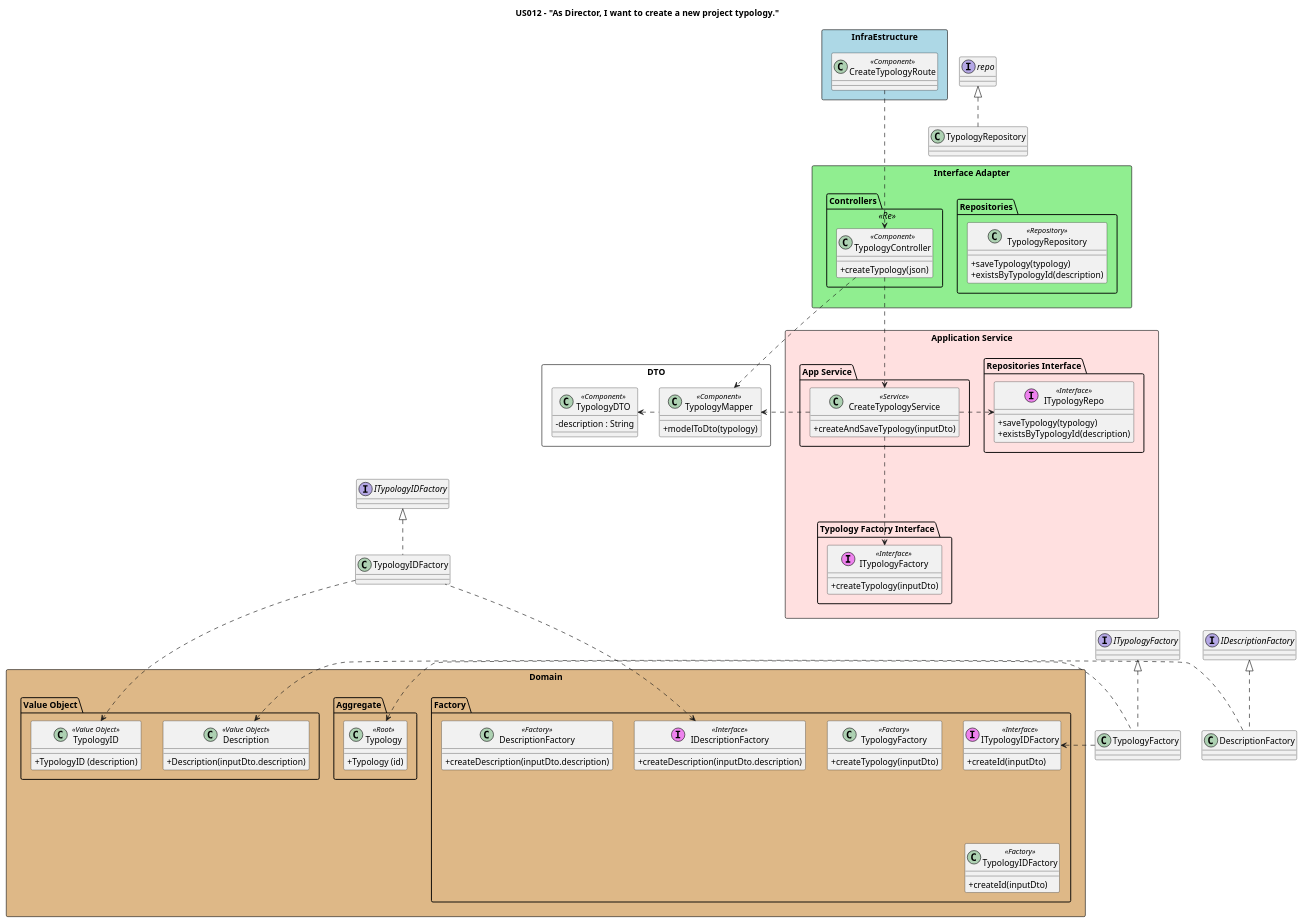
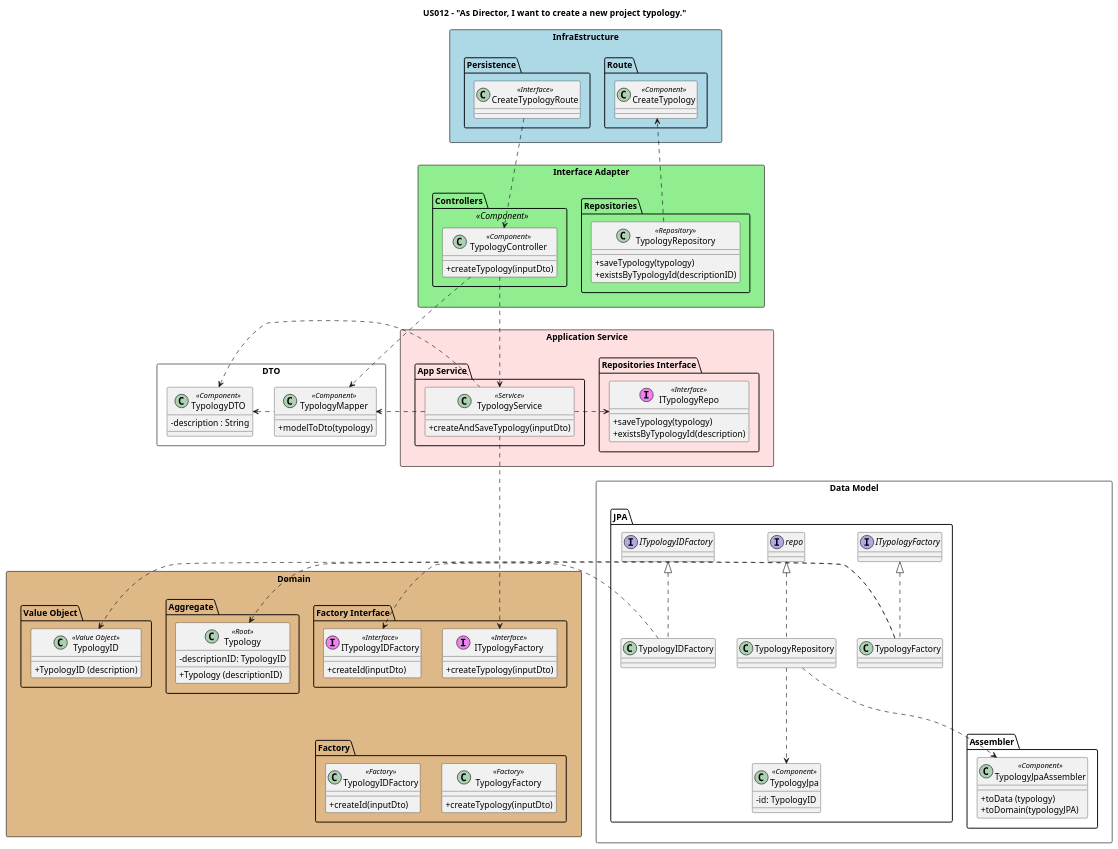
One commit to nunogon1211787/projectManagement changed the diagram in docs/Sprint1/US012/US012-CD.puml. Above: the diagram before and after it, drawn with PlantUML. The commit also changed 20 other files, not shown here.

```diff
--- a/docs/Sprint1/US012/US012-CD.puml
+++ b/docs/Sprint1/US012/US012-CD.puml
@@ -1,124 +1,136 @@
 @startuml
 
 skinparam classAttributeIconSize 0
 
 title US012 - "As Director, I want to create a new project typology."
 
 package "InfraEstructure" <<Rectangle>> #lightblue {
-    class CreateTypologyRoute <<Component>>{
+
+    package "Route"{
+    class "CreateTypology" as route <<Component>>
     }
+
+    package "Persistence" {
+    class CreateTypologyRoute <<Interface>>{
+    }
+}
 }
 
 package "Interface Adapter" <<Rectangle>> #lightgreen{
-package "Controllers" <<Re>>{
+package "Controllers" <<Component>>{
     class TypologyController <<Component>>{
-    +createTypology(json)
-    '+findTypologyByDescription(inputDto)
-    '+findTypologyList()
-    '+deleteTypology(inputDto)
+    +createTypology(inputDto)
     }
     }
+
     package "Repositories" <<Folder>>{
     class TypologyRepository <<Repository>>{
-    '+findTypologyById(description)
-    '+findAllTypology()
     +saveTypology(typology)
-    +existsByTypologyId(description)
-    '+deleteTypology(description)
+    +existsByTypologyId(descriptionID)
     }
 }
 }
 
 package "DTO" <<Rectangle>> {
     class TypologyDTO <<Component>> {
     -description : String
     }
 
     class TypologyMapper <<Component>> {
     +modelToDto(typology)
-    '+modelToDto(typologyList)
     }
 }
 
 package "Application Service" <<Rectangle>> #implementation {
     package "App Service" {
-        class CreateTypologyService <<Service>>{
+        class TypologyService <<Service>>{
         +createAndSaveTypology(inputDto)
-        '+findTypologyByDescription(inputDto)
-        '+findAllTypologies()
-        '+deleteTypology(inputDto)
         }
     }
     package "Repositories Interface" {
         class "ITypologyRepo" as repo <<(I, Violet) Interface>> {
-            '+findTypologyById(description)
-            '+findAllTypology()
             +saveTypology(typology)
             +existsByTypologyId(description)
-            '+deleteTypology(description)
         }
     }
-    package "Typology Factory Interface" {
-    class ITypologyFactory <<(I, Violet) Interface>> {
-            +createTypology(inputDto)
-            }
-    }
+
 }
 
 
 package "Domain" <<Rectangle>>#burlywood  {
     package "Factory" {
+
         class TypologyFactory <<Factory>> {
         +createTypology(inputDto)
         }
 
         class TypologyIDFactory <<Factory>> {
         +createId(inputDto)
         }
-        class ITypologyIDFactory <<(I, Violet) Interface>> {
-        +createId(inputDto)
-        }
-        class DescriptionFactory <<Factory>> {
-        +createDescription(inputDto.description)
-        }
-        class IDescriptionFactory <<(I, Violet) Interface>> {
-        +createDescription(inputDto.description)
-        }
+
+
     }
+
+     package "Factory Interface" {
+
+      class ITypologyFactory <<(I, Violet) Interface>> {
+      +createTypology(inputDto)
+          }
+
+      class ITypologyIDFactory <<(I, Violet) Interface>> {
+      +createId(inputDto)
+           }
+
+     }
 
     package "Aggregate" {
         class Typology <<Root>>{
-            +Typology (id)
+            -descriptionID: TypologyID
+            +Typology (descriptionID)
         }
     }
     package "Value Object"  {
         class TypologyID <<Value Object>>{
         +TypologyID (description)
         }
-        class Description <<Value Object>>{
-        +Description(inputDto.description)
-        }
+
     }
 }
 
+    package "Data Model" <<Rectangle>>{
+    package "Assembler" <<Folder>> {
+        class "TypologyJpaAssembler" as assemblerjpa <<Component>> {
+        +toData (typology)
+        +toDomain(typologyJPA)
+        }
+     }
+
+
+    package "JPA" <<Folder>> {
+        class "TypologyJpa" as UPjpa <<Component>> {
+        -id: TypologyID
+        }
+
+
 CreateTypologyRoute -down..> TypologyController
-TypologyController -down..> CreateTypologyService
+TypologyRepository -down..> route
+TypologyController -down..> TypologyService
 TypologyController -right..> TypologyMapper
-CreateTypologyService -right..> TypologyMapper
+TypologyService -right..> TypologyMapper
 TypologyMapper -left..>TypologyDTO
-CreateTypologyService -right..> repo
-CreateTypologyService -down..> ITypologyFactory
+TypologyService -right..> repo
+TypologyService -down..> ITypologyFactory
 TypologyFactory -up[hidden]..> ITypologyFactory
 class TypologyFactory implements ITypologyFactory
 TypologyFactory -left..> Typology
 repo -up[hidden]..> TypologyRepository
 class TypologyRepository implements repo
 TypologyFactory -right..> ITypologyIDFactory
 TypologyIDFactory -up[hidden]..> ITypologyIDFactory
 class TypologyIDFactory implements ITypologyIDFactory
 TypologyIDFactory -down..> TypologyID
-TypologyIDFactory -left..> IDescriptionFactory
-class DescriptionFactory implements IDescriptionFactory
-DescriptionFactory -left..> Description
+TypologyService -left..> TypologyDTO
+TypologyRepository...> assemblerjpa
+TypologyRepository...> UPjpa
 
 @enduml
```
